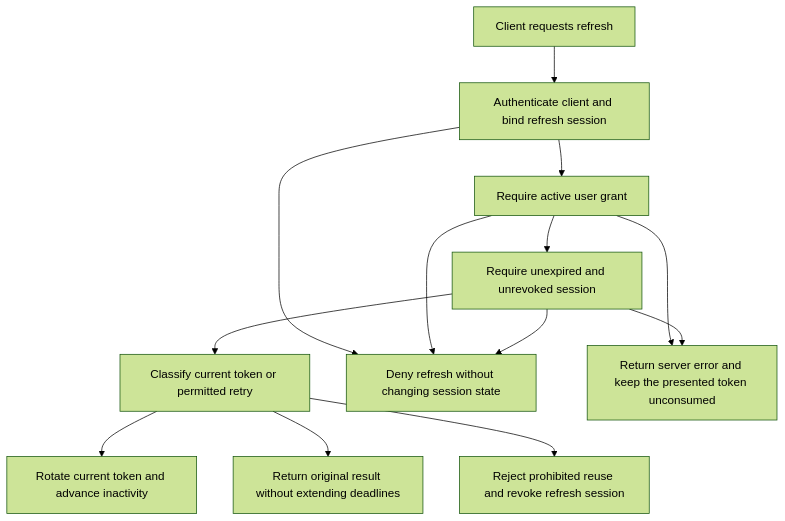
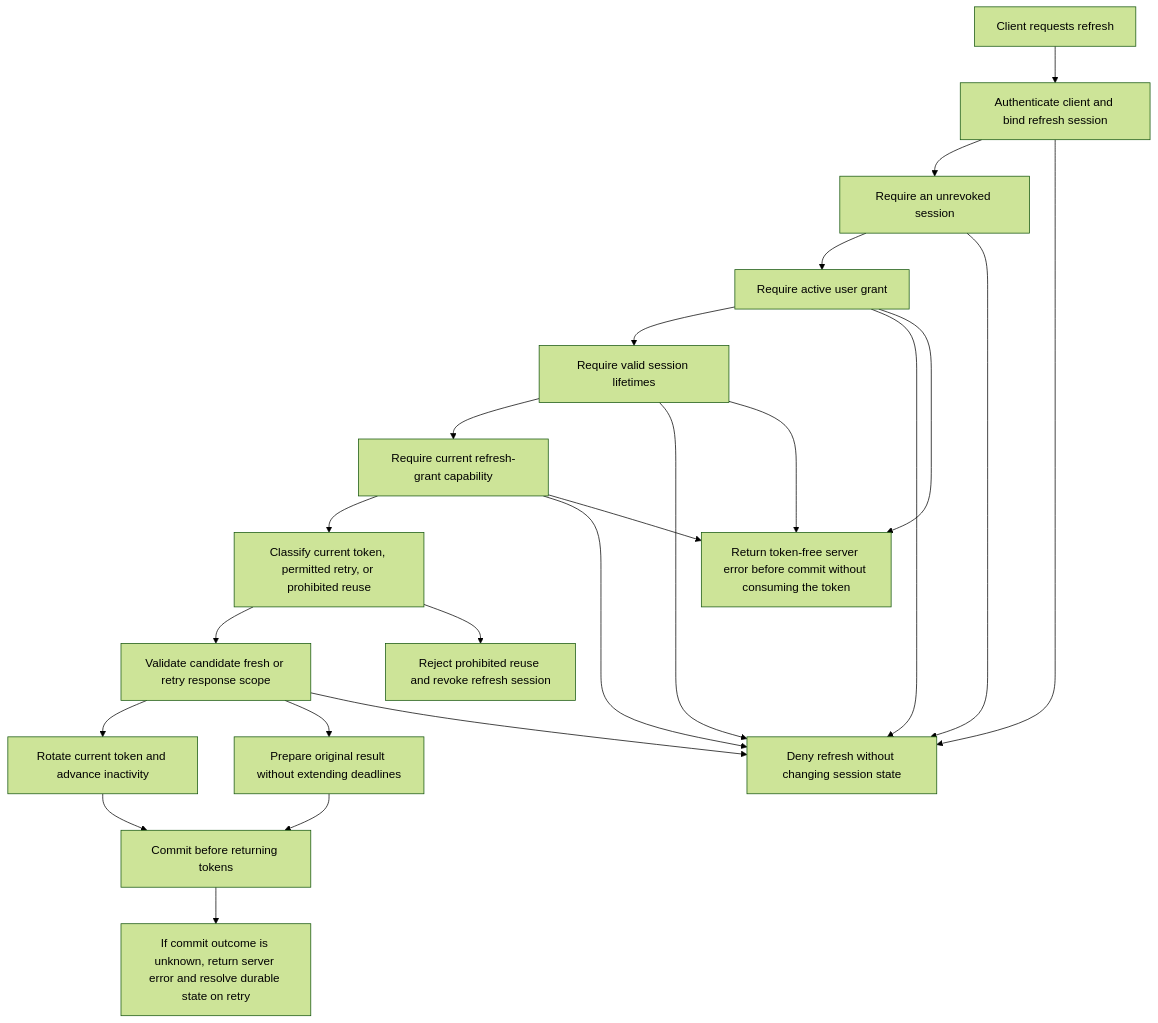
One commit to zalando-incubator/agentic-identity-broker changed the diagram in specs/049-fix-refresh-consent/spec.md. Above: the diagram before and after it, drawn with Mermaid (forest theme). The commit also changed other lines of this file and 11 other files, not shown here.

Commit message:
docs(049): reconcile consent-bound refresh session design

````diff
--- a/specs/049-fix-refresh-consent/spec.md
+++ b/specs/049-fix-refresh-consent/spec.md
@@ -203,15 +210,25 @@
 ```mermaid
 flowchart TD
     Request["Client requests refresh"] --> Identity["Authenticate client and bind refresh session"]
-    Identity --> Consent["Require active user grant"]
-    Consent --> Lifetime["Require unexpired and unrevoked session"]
-    Lifetime --> Current["Classify current token or permitted retry"]
-    Current --> Rotate["Rotate current token and advance inactivity"]
-    Current --> Retry["Return original result without extending deadlines"]
+    Identity --> Revocation["Require an unrevoked session"]
+    Revocation --> Consent["Require active user grant"]
+    Consent --> Lifetime["Require valid session lifetimes"]
+    Lifetime --> Capability["Require current refresh-grant capability"]
+    Capability --> Current["Classify current token, permitted retry, or prohibited reuse"]
+    Current --> Scope["Validate candidate fresh or retry response scope"]
+    Scope --> Rotate["Rotate current token and advance inactivity"]
+    Scope --> Retry["Prepare original result without extending deadlines"]
     Identity --> Deny["Deny refresh without changing session state"]
+    Revocation --> Deny
     Consent --> Deny
     Lifetime --> Deny
-    Consent --> Unknown["Return server error and keep the presented token unconsumed"]
+    Capability --> Deny
+    Scope --> Deny
+    Consent --> Unknown["Return token-free server error before commit without consuming the token"]
     Lifetime --> Unknown
+    Capability --> Unknown
     Current --> Revoke["Reject prohibited reuse and revoke refresh session"]
+    Rotate --> Commit["Commit before returning tokens"]
+    Retry --> Commit
+    Commit --> Indeterminate["If commit outcome is unknown, return server error and resolve durable state on retry"]
 ```
````
